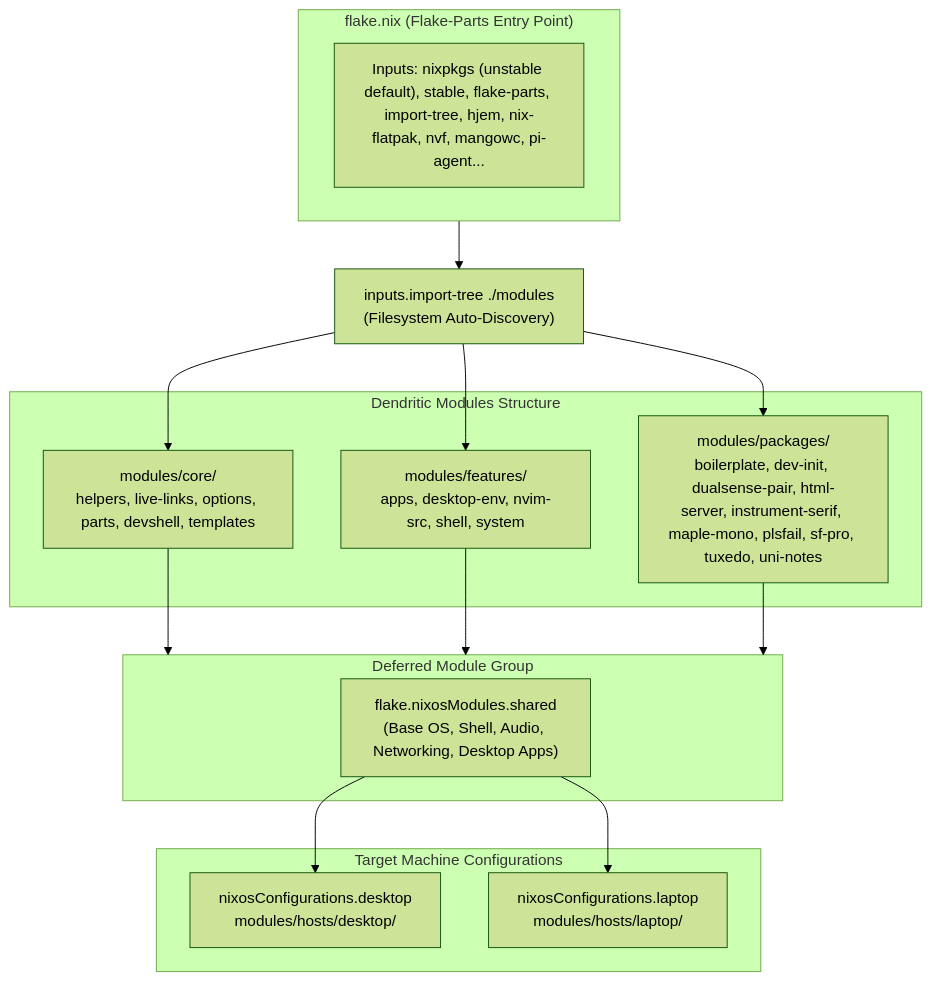
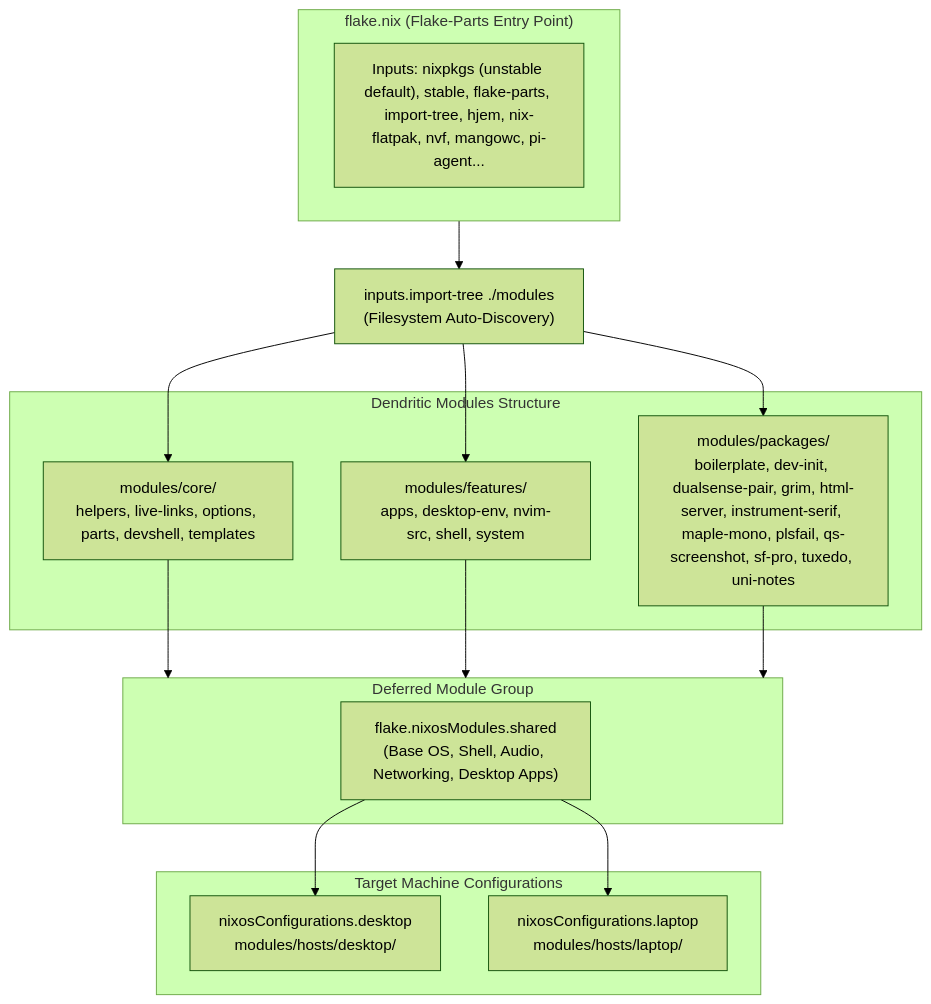
The diagram in README.md (Ssnibles/NixConfig), drawn with Mermaid (forest theme) before and after one commit. The commit also changed other lines of this file and 2 other files, not shown here.

````diff
--- a/README.md
+++ b/README.md
@@ -90,41 +90,41 @@
 ```mermaid
 flowchart TD
     subgraph Flake["flake.nix (Flake-Parts Entry Point)"]
         Inputs["Inputs: nixpkgs (unstable default), stable, flake-parts, import-tree, hjem, nix-flatpak, nvf, mangowc, pi-agent..."]
     end
 
     Tree["inputs.import-tree ./modules<br/>(Filesystem Auto-Discovery)"]
     Flake --> Tree
 
     subgraph Modules["Dendritic Modules Structure"]
         Core["modules/core/<br/>helpers, live-links, options, parts, devshell, templates"]
         Features["modules/features/<br/>apps, desktop-env, nvim-src, shell, system"]
-        Packages["modules/packages/<br/>boilerplate, dev-init, dualsense-pair, html-server, instrument-serif, maple-mono, plsfail, sf-pro, tuxedo, uni-notes"]
+        Packages["modules/packages/<br/>boilerplate, dev-init, dualsense-pair, grim, html-server, instrument-serif, maple-mono, plsfail, qs-screenshot, sf-pro, tuxedo, uni-notes"]
     end
 
     Tree --> Core
     Tree --> Features
     Tree --> Packages
 
     subgraph Composition["Deferred Module Group"]
         Shared["flake.nixosModules.shared<br/>(Base OS, Shell, Audio, Networking, Desktop Apps)"]
     end
 
     Core --> Composition
     Features --> Composition
     Packages --> Composition
 
     subgraph Hosts["Target Machine Configurations"]
         Host0["nixosConfigurations.desktop<br/>modules/hosts/desktop/"]
         Host1["nixosConfigurations.laptop<br/>modules/hosts/laptop/"]
     end
 
     Shared --> Host0
     Shared --> Host1
 
     click Core href "modules/core" "Open core modules"
     click Features href "modules/features" "Open features modules"
     click Packages href "modules/packages" "Open custom packages"
     click Host0 href "modules/hosts/desktop" "Open the desktop host configuration"
     click Host1 href "modules/hosts/laptop" "Open the laptop host configuration"
 ```
````
